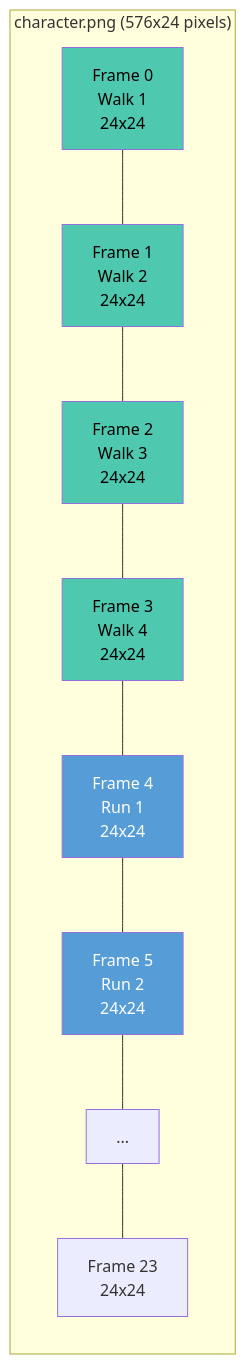
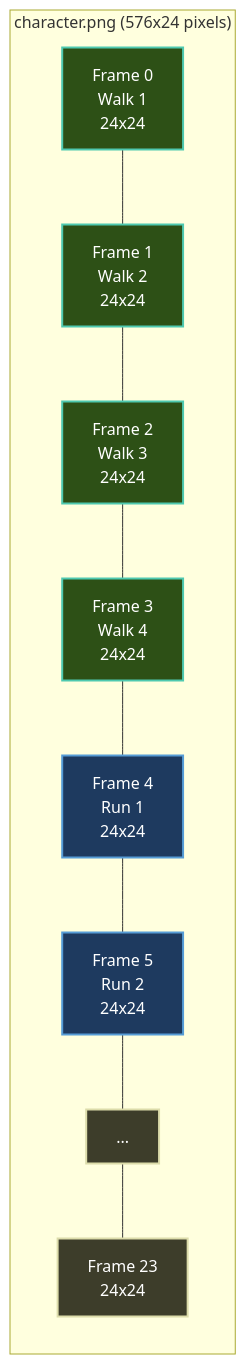
The first of 3 diagrams in docs/tutorials/animations.md (CrazyPickleStudios/Brine2D-Documentation), drawn with Mermaid before and after one commit. The commit also changed other lines of this file and 9 other files, not shown here.

````diff
--- a/docs/tutorials/animations.md
+++ b/docs/tutorials/animations.md
@@ -37,28 +37,30 @@
 ```mermaid
 graph LR
     subgraph "character.png (576x24 pixels)"
         F0["Frame 0<br/>Walk 1<br/>24x24"]
         F1["Frame 1<br/>Walk 2<br/>24x24"]
         F2["Frame 2<br/>Walk 3<br/>24x24"]
         F3["Frame 3<br/>Walk 4<br/>24x24"]
         F4["Frame 4<br/>Run 1<br/>24x24"]
         F5["Frame 5<br/>Run 2<br/>24x24"]
         F6["..."]
         F23["Frame 23<br/>24x24"]
         
         F0 --- F1
         F1 --- F2
         F2 --- F3
         F3 --- F4
         F4 --- F5
         F5 --- F6
         F6 --- F23
+
+        style F0 fill:#2d5016,stroke:#4ec9b0,stroke-width:2px,color:#fff
+style F1 fill:#2d5016,stroke:#4ec9b0,stroke-width:2px,color:#fff
+style F2 fill:#2d5016,stroke:#4ec9b0,stroke-width:2px,color:#fff
+style F3 fill:#2d5016,stroke:#4ec9b0,stroke-width:2px,color:#fff
+style F4 fill:#1e3a5f,stroke:#569cd6,stroke-width:2px,color:#fff
+style F5 fill:#1e3a5f,stroke:#569cd6,stroke-width:2px,color:#fff
+style F6 fill:#3d3d2a,stroke:#dcdcaa,stroke-width:2px,color:#fff
+style F23 fill:#3d3d2a,stroke:#dcdcaa,stroke-width:2px,color:#fff
     end
-    
-    style F0 fill:#4ec9b0,color:#000
-    style F1 fill:#4ec9b0,color:#000
-    style F2 fill:#4ec9b0,color:#000
-    style F3 fill:#4ec9b0,color:#000
-    style F4 fill:#569cd6,color:#fff
-    style F5 fill:#569cd6,color:#fff
 ```
````
